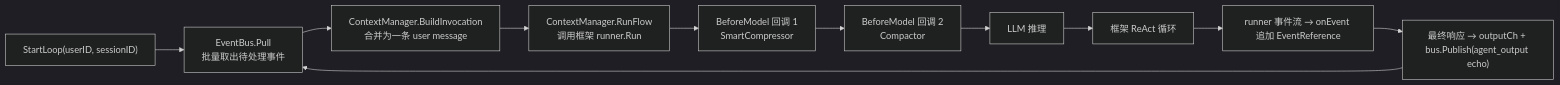
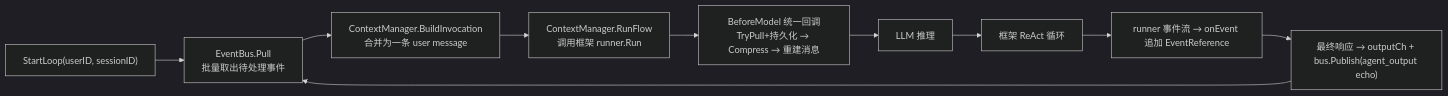
The fourth of 9 diagrams in README.md (SpellingDragon/tagent), drawn with Mermaid (dark theme) before and after one commit. The commit also changed other lines of this file and 36 other files, not shown here.

````diff
--- a/README.md
+++ b/README.md
@@ -177,13 +177,12 @@
 ```mermaid
 graph LR
     START["StartLoop(userID, sessionID)"] --> PULL["EventBus.Pull<br/>批量取出待处理事件"]
     PULL --> BUILD["ContextManager.BuildInvocation<br/>合并为一条 user message"]
     BUILD --> RUN["ContextManager.RunFlow<br/>调用框架 runner.Run"]
-    RUN --> CB1["BeforeModel 回调 1<br/>SmartCompressor"]
-    CB1 --> CB2["BeforeModel 回调 2<br/>Compactor"]
-    CB2 --> LLM["LLM 推理"]
+    RUN --> BM["BeforeModel 统一回调<br/>TryPull+持久化 → Compress → 重建消息"]
+    BM --> LLM["LLM 推理"]
     LLM --> LOOP["框架 ReAct 循环"]
     LOOP --> ONEVT["runner 事件流 → onEvent 追加 EventReference"]
     ONEVT --> OUT["最终响应 → outputCh + bus.Publish(agent_output echo)"]
     OUT --> PULL
 ```
````
